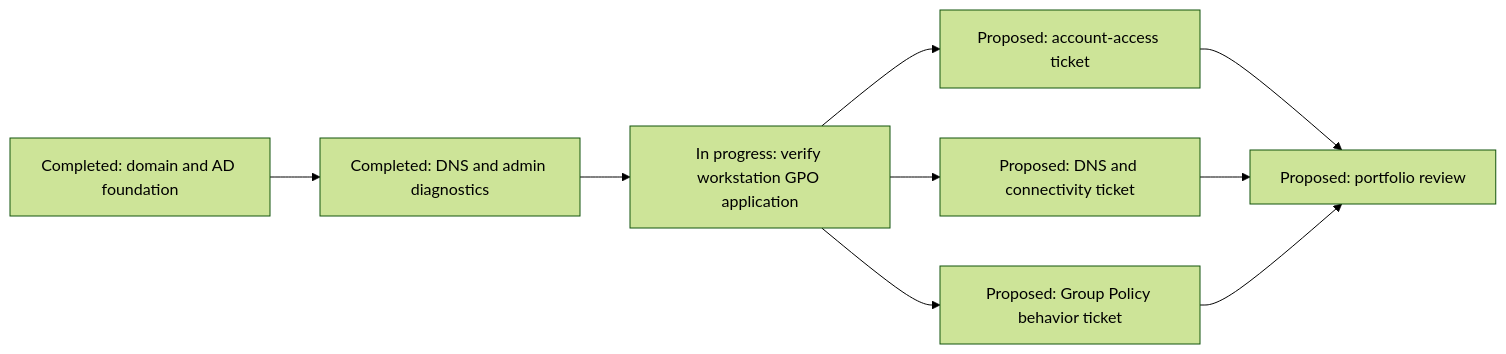
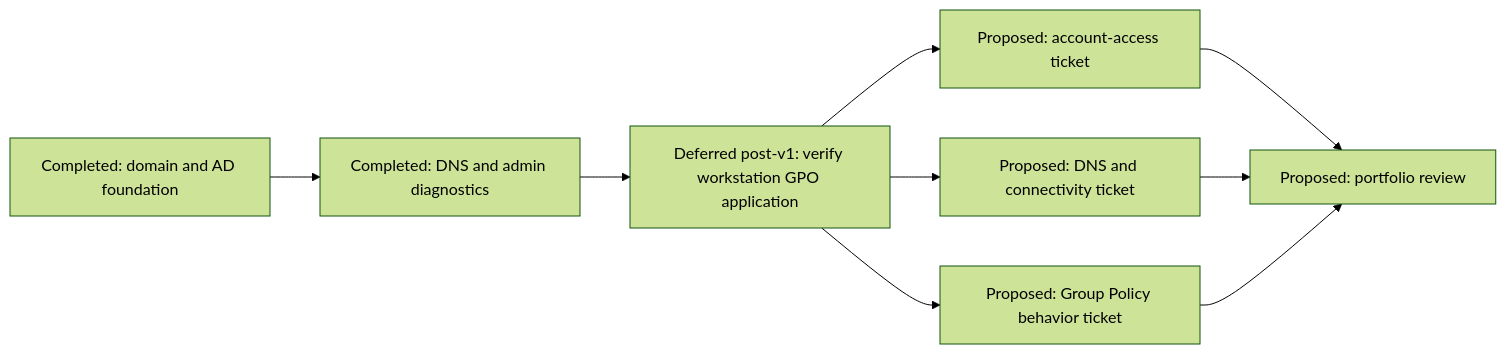
One commit to harkdev1/Project-Roadmap changed the diagram in projects/windows-helpdesk-lab/roadmap.md. Above: the diagram before and after it, drawn with Mermaid (forest theme). The commit also changed other lines of this file and 6 other files, not shown here.

Commit message:
Mark Helpdesk roadmap v1 complete

````diff
--- a/projects/windows-helpdesk-lab/roadmap.md
+++ b/projects/windows-helpdesk-lab/roadmap.md
@@ -7,11 +7,11 @@
 ```mermaid
 flowchart LR
     A[Completed: domain and AD foundation] --> B[Completed: DNS and admin diagnostics]
-    B --> C[In progress: verify workstation GPO application]
+    B --> C[Deferred post-v1: verify workstation GPO application]
     C --> D[Proposed: account-access ticket]
     C --> E[Proposed: DNS and connectivity ticket]
     C --> F[Proposed: Group Policy behavior ticket]
     D --> G[Proposed: portfolio review]
     E --> G
     F --> G
 ```
````
